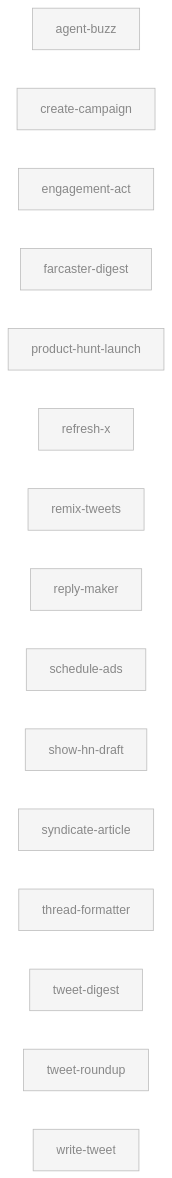
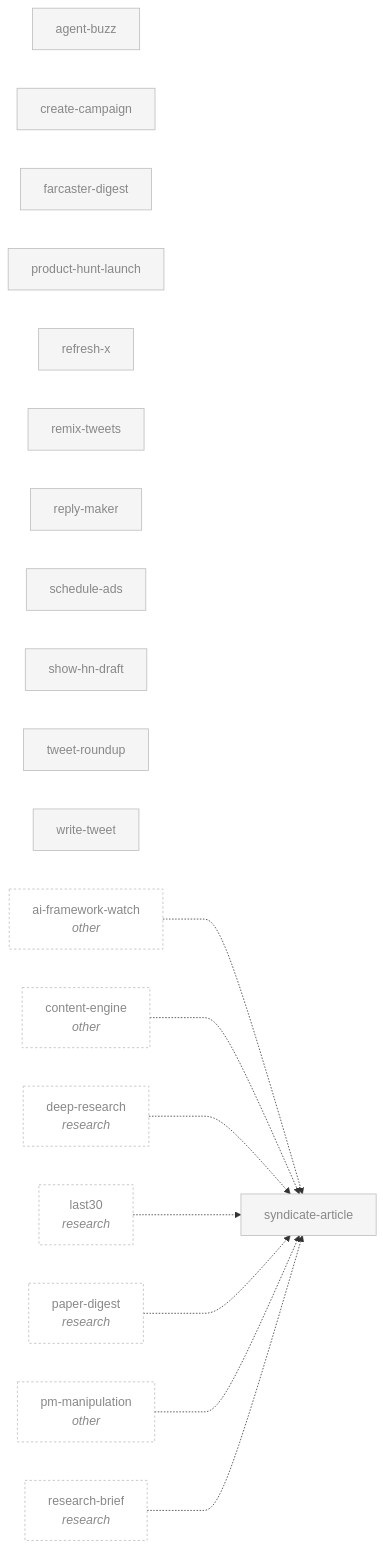
Before and after one commit to swarm-ai-research/aeon: the sixth of 8 diagrams in docs/skill-graph.md, drawn with Mermaid. The commit also changed other lines of this file and 2 other files, not shown here.

First line of the commit message:
docs(skill-graph): regenerate map (SKILL_GRAPH_NEW — 175 skills, 44 enabled)

````diff
--- a/docs/skill-graph.md
+++ b/docs/skill-graph.md
@@ -336,37 +311,53 @@
 ```mermaid
 flowchart LR
     classDef enabled fill:#fff,stroke:#000,stroke-width:2px,color:#000
     classDef disabled fill:#f5f5f5,stroke:#bbb,color:#888
     classDef external fill:none,stroke:#bbb,stroke-dasharray:3 3,color:#888
     agent-buzz["agent-buzz"]
     create-campaign["create-campaign"]
-    engagement-act["engagement-act"]
     farcaster-digest["farcaster-digest"]
     product-hunt-launch["product-hunt-launch"]
     refresh-x["refresh-x"]
     remix-tweets["remix-tweets"]
     reply-maker["reply-maker"]
     schedule-ads["schedule-ads"]
     show-hn-draft["show-hn-draft"]
     syndicate-article["syndicate-article"]
-    thread-formatter["thread-formatter"]
-    tweet-digest["tweet-digest"]
     tweet-roundup["tweet-roundup"]
     write-tweet["write-tweet"]
+    ai-framework-watch["ai-framework-watch<br/><i>other</i>"]
+    content-engine["content-engine<br/><i>other</i>"]
+    deep-research["deep-research<br/><i>research</i>"]
+    last30["last30<br/><i>research</i>"]
+    paper-digest["paper-digest<br/><i>research</i>"]
+    pm-manipulation["pm-manipulation<br/><i>other</i>"]
+    research-brief["research-brief<br/><i>research</i>"]
+    ai-framework-watch -..-> syndicate-article
+    content-engine -..-> syndicate-article
+    deep-research -..-> syndicate-article
+    last30 -..-> syndicate-article
+    paper-digest -..-> syndicate-article
+    pm-manipulation -..-> syndicate-article
+    research-brief -..-> syndicate-article
     click agent-buzz "../skills/agent-buzz/SKILL.md"
     click create-campaign "../skills/create-campaign/SKILL.md"
-    click engagement-act "../skills/engagement-act/SKILL.md"
     click farcaster-digest "../skills/farcaster-digest/SKILL.md"
     click product-hunt-launch "../skills/product-hunt-launch/SKILL.md"
     click refresh-x "../skills/refresh-x/SKILL.md"
     click remix-tweets "../skills/remix-tweets/SKILL.md"
     click reply-maker "../skills/reply-maker/SKILL.md"
     click schedule-ads "../skills/schedule-ads/SKILL.md"
     click show-hn-draft "../skills/show-hn-draft/SKILL.md"
     click syndicate-article "../skills/syndicate-article/SKILL.md"
-    click thread-formatter "../skills/thread-formatter/SKILL.md"
-    click tweet-digest "../skills/tweet-digest/SKILL.md"
     click tweet-roundup "../skills/tweet-roundup/SKILL.md"
     click write-tweet "../skills/write-tweet/SKILL.md"
-    class agent-buzz,create-campaign,engagement-act,farcaster-digest,product-hunt-launch,refresh-x,remix-tweets,reply-maker,schedule-ads,show-hn-draft,syndicate-article,thread-formatter,tweet-digest,tweet-roundup,write-tweet disabled
+    click ai-framework-watch "../skills/ai-framework-watch/SKILL.md"
+    click content-engine "../skills/content-engine/SKILL.md"
+    click deep-research "../skills/deep-research/SKILL.md"
+    click last30 "../skills/last30/SKILL.md"
+    click paper-digest "../skills/paper-digest/SKILL.md"
+    click pm-manipulation "../skills/pm-manipulation/SKILL.md"
+    click research-brief "../skills/research-brief/SKILL.md"
+    class agent-buzz,create-campaign,farcaster-digest,product-hunt-launch,refresh-x,remix-tweets,reply-maker,schedule-ads,show-hn-draft,syndicate-article,tweet-roundup,write-tweet disabled
+    class ai-framework-watch,content-engine,deep-research,last30,paper-digest,pm-manipulation,research-brief external
 ```
````
